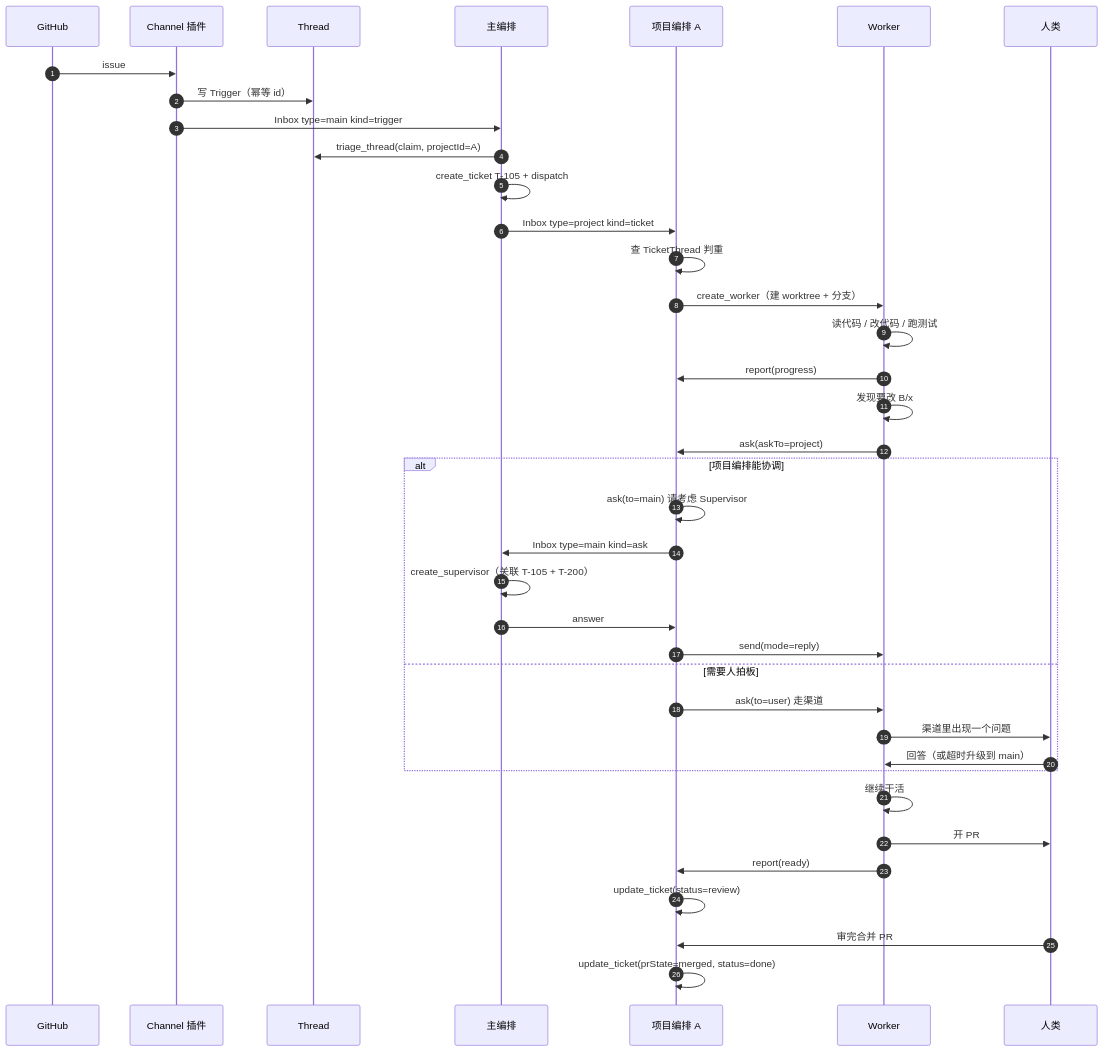
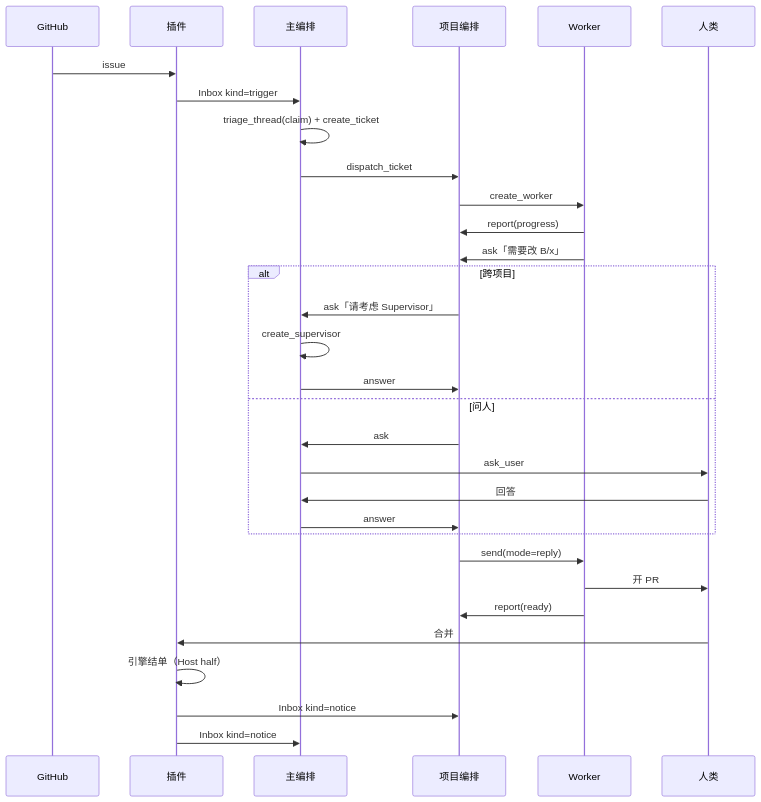
One commit to omdsh-dev/dsh-nexus changed diagram 11 of 11 in docs/flow.md. Above: the diagram before and after it, drawn with Mermaid. The commit also changed other lines of this file and 52 other files, not shown here.

````diff
--- a/docs/flow.md
+++ b/docs/flow.md
@@ -442,46 +416,37 @@
 ```mermaid
 sequenceDiagram
-    autonumber
     participant GH as GitHub
-    participant CH as Channel 插件
-    participant TH as Thread
+    participant CH as 插件
     participant M as 主编排
-    participant P as 项目编排 A
+    participant P as 项目编排
     participant W as Worker
     participant U as 人类
 
-    GH->>CH: issue #42 有人 @bot
-    CH->>TH: 写 Trigger（幂等 id）
-    CH->>M: Inbox type=main kind=trigger
-    M->>TH: triage_thread(claim, projectId=A)
-    M->>M: create_ticket T-105 + dispatch
-    M->>P: Inbox type=project kind=ticket
-
-    P->>P: 查 TicketThread 判重
-    P->>W: create_worker（建 worktree + 分支）
-    W->>W: 读代码 / 改代码 / 跑测试
+    GH->>CH: issue #42 @bot
+    CH->>M: Inbox kind=trigger
+    M->>M: triage_thread(claim) + create_ticket
+    M->>P: dispatch_ticket
+    P->>W: create_worker
 
     W->>P: report(progress)
-    W->>W: 发现要改 B/x
-    W->>P: ask(askTo=project)
+    W->>P: ask「需要改 B/x」
+    alt 跨项目
+        P->>M: ask「请考虑 Supervisor」
+        M->>M: create_supervisor
+        M->>P: answer
+    else 问人
+        P->>M: ask
+        M->>U: ask_user
+        U->>M: 回答
+        M->>P: answer
+    end
+    P->>W: send(mode=reply)
 
-    alt 项目编排能协调
-        P->>P: ask(to=main) 请考虑 Supervisor
-        P->>M: Inbox type=main kind=ask
-        M->>M: create_supervisor（关联 T-105 + T-200）
-        M->>P: answer
-        P->>W: send(mode=reply)
-    else 需要人拍板
-        P->>W: ask(to=user) 走渠道
-        W->>U: 渠道里出现一个问题
-        U->>W: 回答（或超时升级到 main）
-    end
-
-    W->>W: 继续干活
     W->>U: 开 PR
     W->>P: report(ready)
-    P->>P: update_ticket(status=review)
 
-    U->>P: 审完合并 PR
-    P->>P: update_ticket(prState=merged, status=done)
+    U->>CH: 合并
+    CH->>CH: 引擎结单（Host half）
+    CH->>P: Inbox kind=notice
+    CH->>M: Inbox kind=notice
 ```
````
